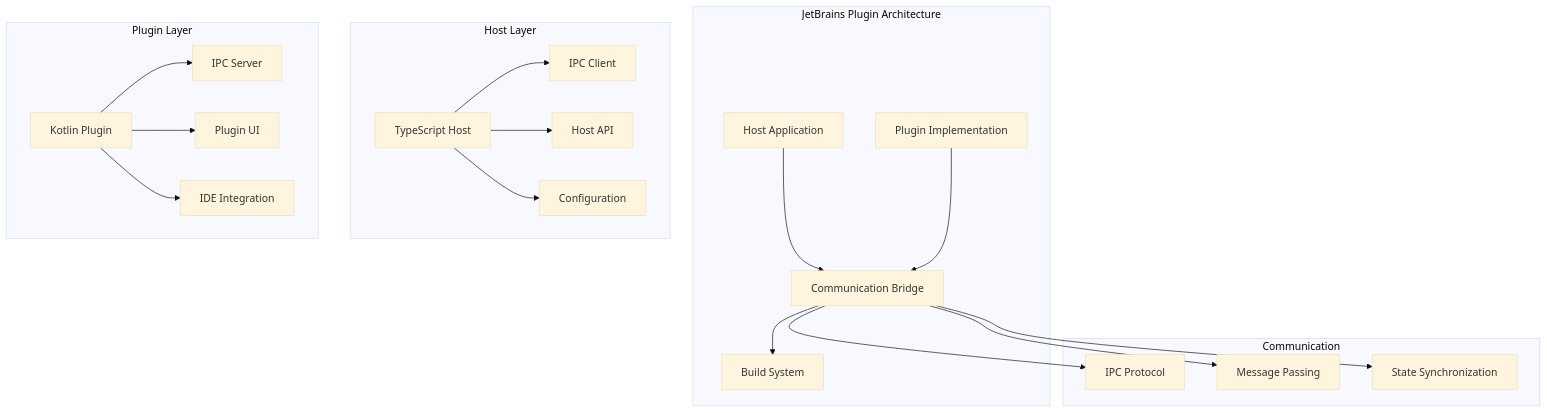
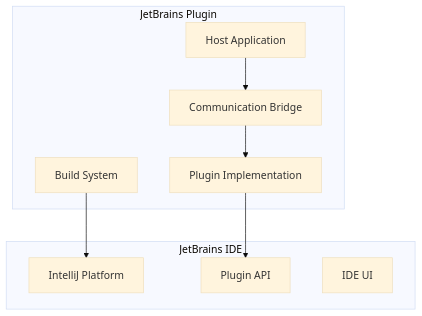
One commit to mschulkind/kilocode changed the diagram in docs/integrations/JETBRAINS_PLUGIN.md. Above: the diagram before and after it, drawn with Mermaid (base theme). The commit also changed other lines of this file and 41 other files, not shown here.

````diff
--- a/docs/integrations/JETBRAINS_PLUGIN.md
+++ b/docs/integrations/JETBRAINS_PLUGIN.md
@@ -43,45 +45,20 @@
 ```mermaid
 graph TB
-    subgraph "JetBrains Plugin Architecture"
+    subgraph "JetBrains Plugin"
         HA[Host Application]
         PI[Plugin Implementation]
         CB[Communication Bridge]
         BS[Build System]
     end
-
-    subgraph "Host Layer"
-        TS[TypeScript Host]
-        IPC[IPC Client]
-        API[Host API]
-        CONFIG[Configuration]
+    
+    subgraph "JetBrains IDE"
+        IDE[IntelliJ Platform]
+        API[Plugin API]
+        UI[IDE UI]
     end
-
-    subgraph "Plugin Layer"
-        KP[Kotlin Plugin]
-        IPC_S[IPC Server]
-        UI[Plugin UI]
-        INT[IDE Integration]
-    end
-
-    subgraph "Communication"
-        PROTO[IPC Protocol]
-        MSG[Message Passing]
-        SYNC[State Synchronization]
-    end
-
+    
     HA --> CB
-    PI --> CB
-    CB --> BS
-
-    TS --> IPC
-    TS --> API
-    TS --> CONFIG
-
-    KP --> IPC_S
-    KP --> UI
-    KP --> INT
-
-    CB --> PROTO
-    CB --> MSG
-    CB --> SYNC
+    PI --> API
+    CB --> PI
+    BS --> IDE
 ```
````
